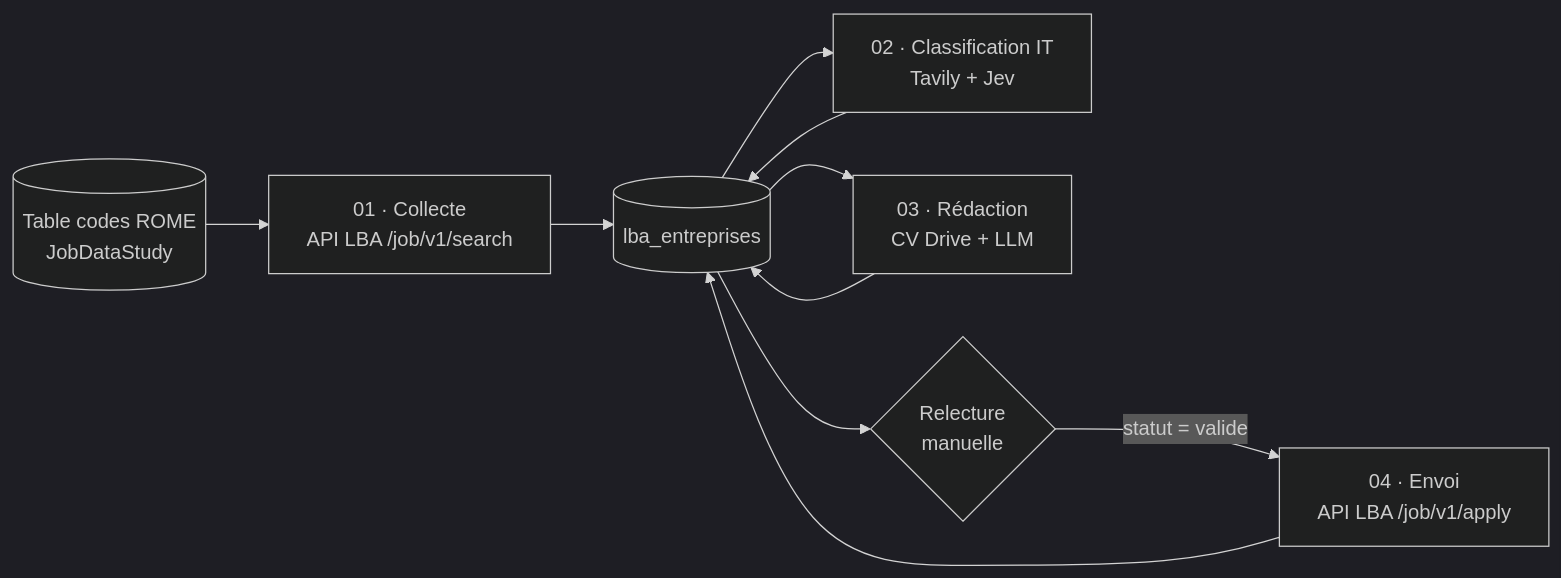
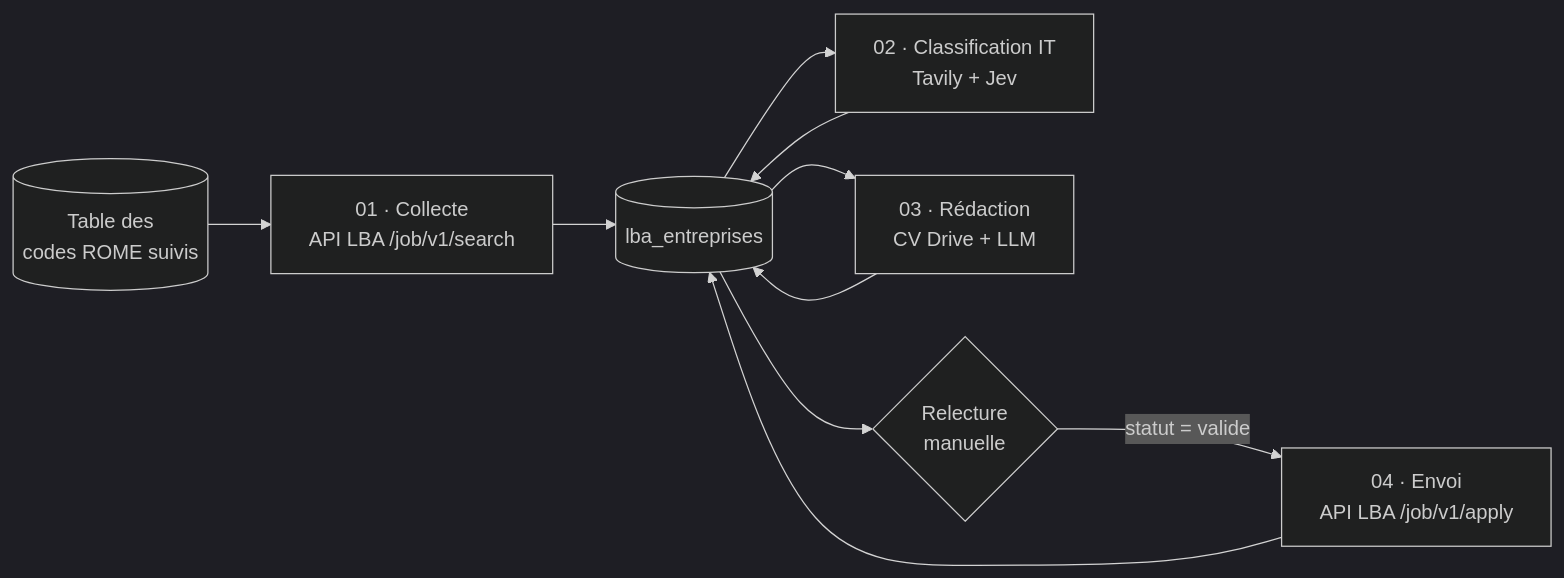
Before and after one commit to Gauthier-Faisandaz/LBA-automatisation-candidatures-spontan-es: the diagram in README.md, drawn with Mermaid (dark theme). The commit also changed other lines of this file and 3 other files, not shown here.

````diff
--- a/README.md
+++ b/README.md
@@ -14,12 +14,12 @@
 ```mermaid
 flowchart LR
-    A[(Table codes ROME<br/>JobDataStudy)] --> B[01 · Collecte<br/>API LBA /job/v1/search]
+    A[(Table des<br/>codes ROME suivis)] --> B[01 · Collecte<br/>API LBA /job/v1/search]
     B --> T[(lba_entreprises)]
     T --> C[02 · Classification IT<br/>Tavily + Jev]
     C --> T
     T --> D[03 · Rédaction<br/>CV Drive + LLM]
     D --> T
     T --> V{Relecture<br/>manuelle}
     V -->|statut = valide| E[04 · Envoi<br/>API LBA /job/v1/apply]
     E --> T
 ```
````
